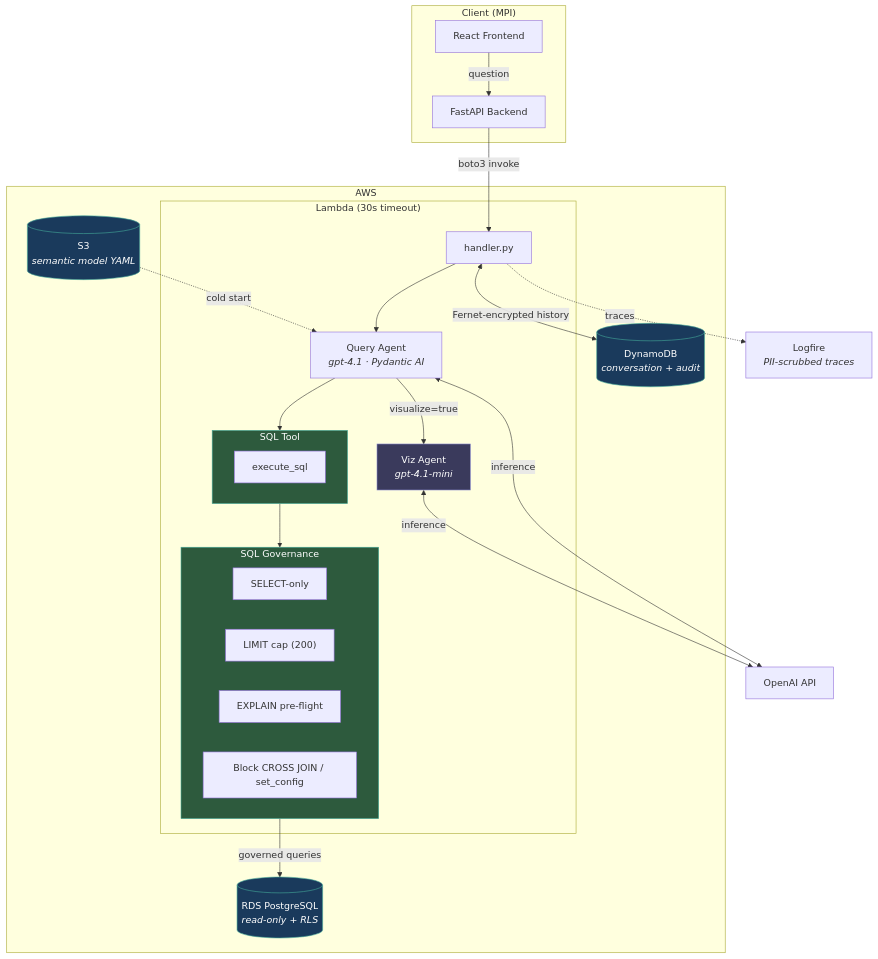
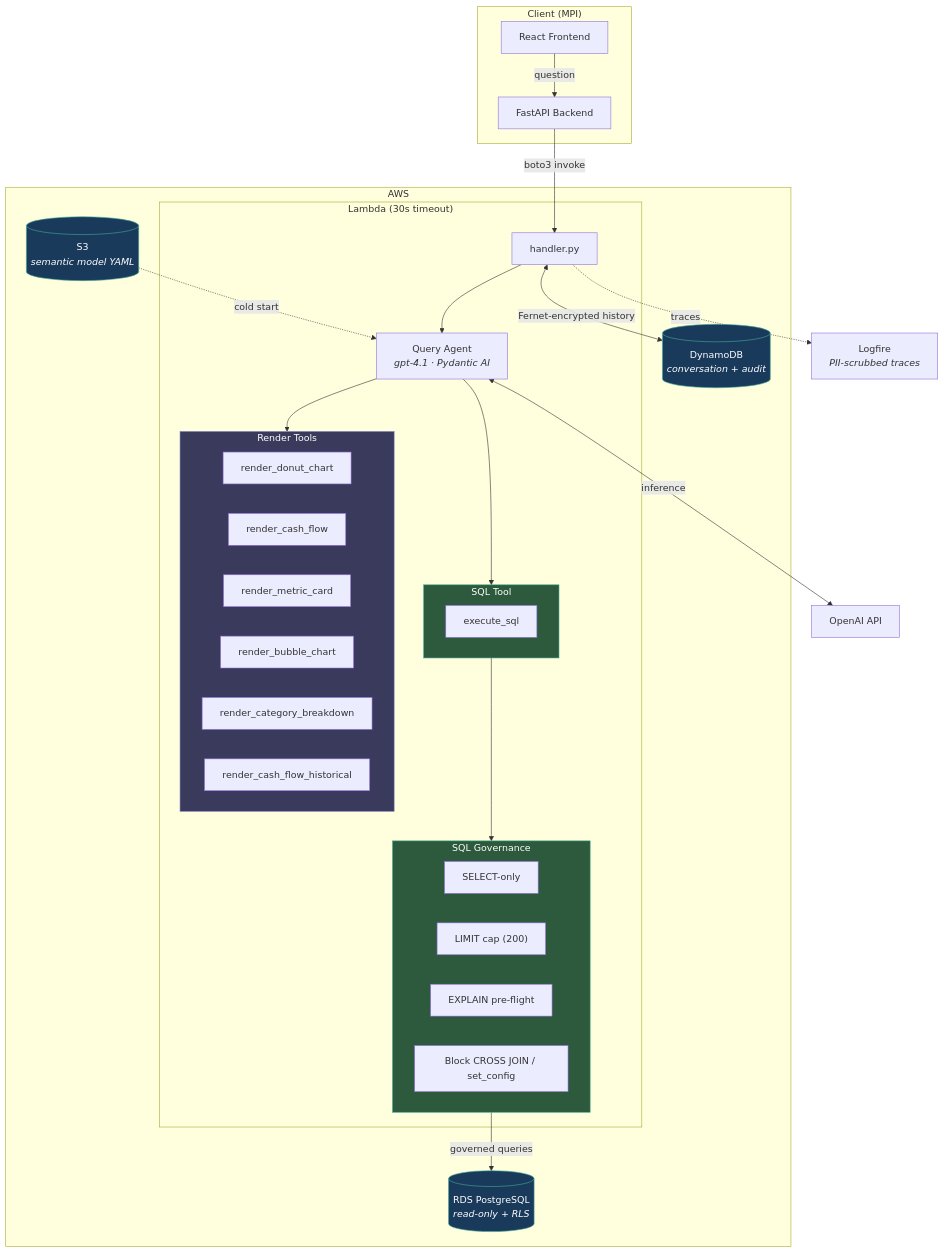
Before and after one commit to maxibove13/finance-query-agent: the first of 2 diagrams in README.md, drawn with Mermaid. The commit also changed other lines of this file and 22 other files, not shown here.

First line of the commit message:
feat: replace Vega-Lite viz with generative UI render tools [MPI-209]

````diff
--- a/README.md
+++ b/README.md
@@ -9,55 +9,61 @@
 ```mermaid
 graph TB
     subgraph Client["Client (MPI)"]
         FE[React Frontend]
         BE[FastAPI Backend]
     end
 
     FE -->|question| BE
     BE -->|boto3 invoke| HANDLER
 
     subgraph AWS["AWS"]
         subgraph Lambda["Lambda (30s timeout)"]
             HANDLER[handler.py]
             HANDLER --> AGENT
             AGENT["Query Agent<br/><i>gpt-4.1 · Pydantic AI</i>"]
             AGENT --> SQL_TOOL
 
             subgraph SQL_TOOL["SQL Tool"]
                 T1[execute_sql]
             end
 
             subgraph GOV["SQL Governance"]
                 R1["SELECT-only"]
                 R2["LIMIT cap (200)"]
                 R3["EXPLAIN pre-flight"]
                 R4["Block CROSS JOIN / set_config"]
             end
 
             SQL_TOOL --> GOV
 
-            AGENT -->|"visualize=true"| VIZ
-            VIZ["Viz Agent<br/><i>gpt-4.1-mini</i>"]
+            AGENT --> RENDER
+            subgraph RENDER["Render Tools"]
+                RT1[render_donut_chart]
+                RT2[render_cash_flow]
+                RT3[render_metric_card]
+                RT4[render_bubble_chart]
+                RT5[render_category_breakdown]
+                RT6[render_cash_flow_historical]
+            end
         end
 
         S3[("S3<br/><i>semantic model YAML</i>")]
         RDS[("RDS PostgreSQL<br/><i>read-only + RLS</i>")]
         DDB[("DynamoDB<br/><i>conversation + audit</i>")]
     end
 
     LOGFIRE["Logfire<br/><i>PII-scrubbed traces</i>"]
 
     S3 -.->|cold start| AGENT
     GOV -->|governed queries| RDS
     HANDLER <-->|Fernet-encrypted history| DDB
     AGENT <-->|inference| LLM_API["OpenAI API"]
-    VIZ <-->|inference| LLM_API
     HANDLER -.->|traces| LOGFIRE
 
     style SQL_TOOL fill:#2d5a3d,stroke:#4a9,color:#fff
     style GOV fill:#2d5a3d,stroke:#4a9,color:#fff
-    style VIZ fill:#3a3a5c,stroke:#88c,color:#fff
+    style RENDER fill:#3a3a5c,stroke:#88c,color:#fff
     style RDS fill:#1a3a5c,stroke:#4a9,color:#fff
     style DDB fill:#1a3a5c,stroke:#4a9,color:#fff
     style S3 fill:#1a3a5c,stroke:#4a9,color:#fff
 ```
````
